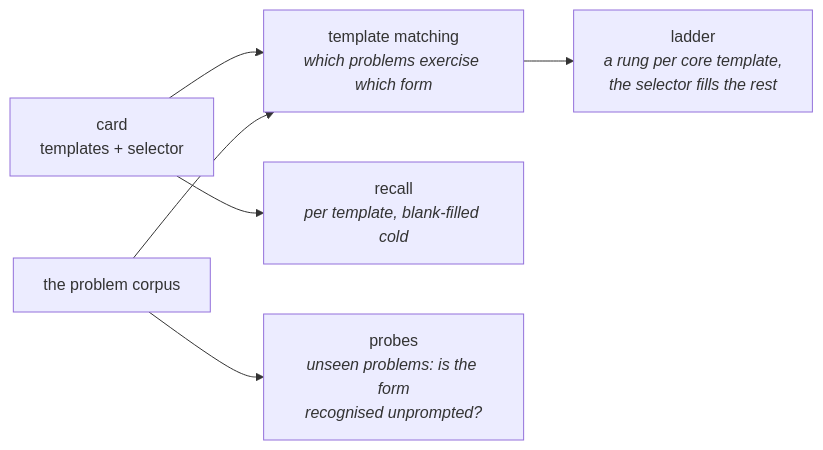
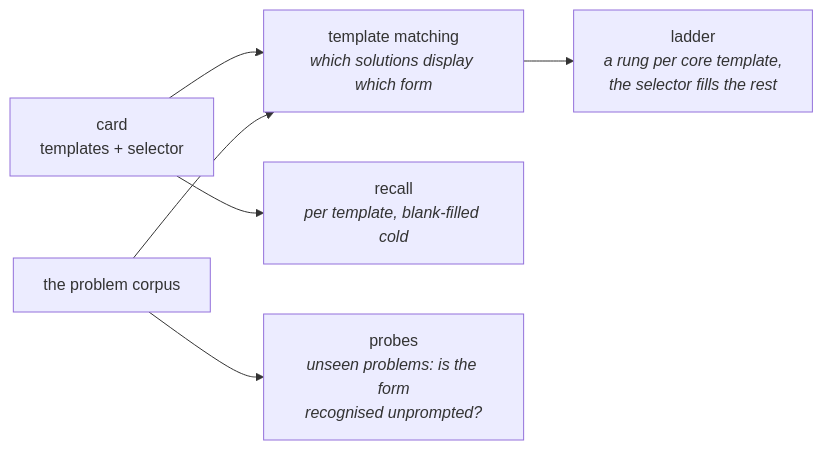
Before and after one commit to lunochkin/algo-coach: the third of 4 diagrams in README.md, drawn with Mermaid. The commit also changed other lines of this file, not shown here.

````diff
--- a/README.md
+++ b/README.md
@@ -309,8 +314,8 @@
 ```mermaid
 flowchart LR
-  C["card<br/>templates + selector"] --> M["template matching<br/><i>which problems exercise which form</i>"]
+  C["card<br/>templates + selector"] --> M["template matching<br/><i>which solutions display which form</i>"]
   P["the problem corpus"] --> M
   M --> L["ladder<br/><i>a rung per core template,<br/>the selector fills the rest</i>"]
   C --> R["recall<br/><i>per template, blank-filled cold</i>"]
   P --> PR["probes<br/><i>unseen problems: is the form<br/>recognised unprompted?</i>"]
 ```
````
